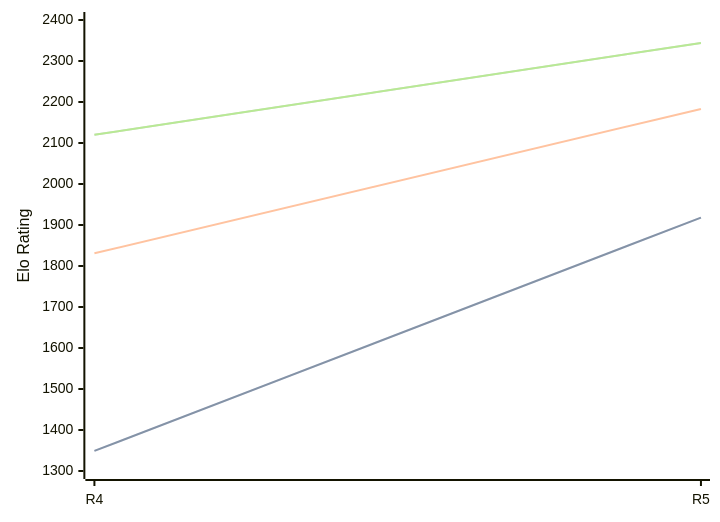
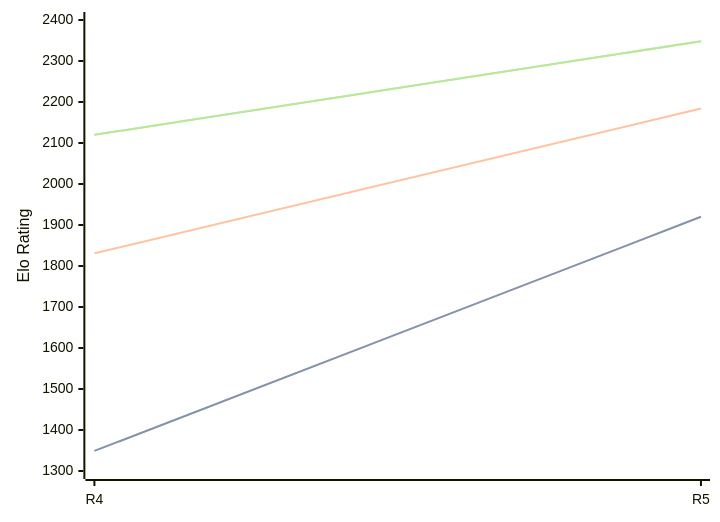
One commit to computer-chess-index/cci changed the diagram in engines/Viking.md. Above: the diagram before and after it, drawn with Mermaid. The commit also changed other lines of this file, not shown here.

Commit message:
Update CCI Ratings (ELO VLTC) - 2026-09-08

````diff
--- a/engines/Viking.md
+++ b/engines/Viking.md
@@ -35,11 +35,11 @@
 ```mermaid
 %%{init: {"theme":"base","themeVariables":{"seriesColors:['#a3a3a3','#222221','#faa371']}}}%%
 xychart-beta
   x-axis ["R4", "R5"]
   y-axis "Elo Rating" 1300 --> 2400
-  line "" [1349, 1918]
-  line "STC (8.0+0.08s)" [1349, 1918]
-  line "LTC (60.0+0.60s)" [1831, 2183]
-  line "" [2120, 2344]
-  line "VLTC (2m24s+1.12s)" [2120, 2344]
+  line "" [1349, 1920]
+  line "STC (8.0+0.08s)" [1349, 1920]
+  line "LTC (60.0+0.60s)" [1831, 2184]
+  line "" [2120, 2348]
+  line "VLTC (2m24s+1.12s)" [2120, 2348]
 ```
````
